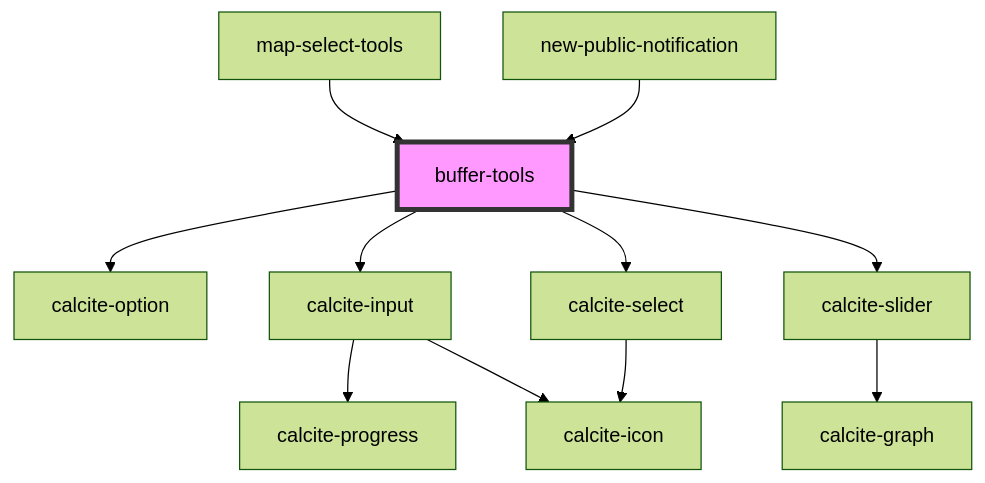
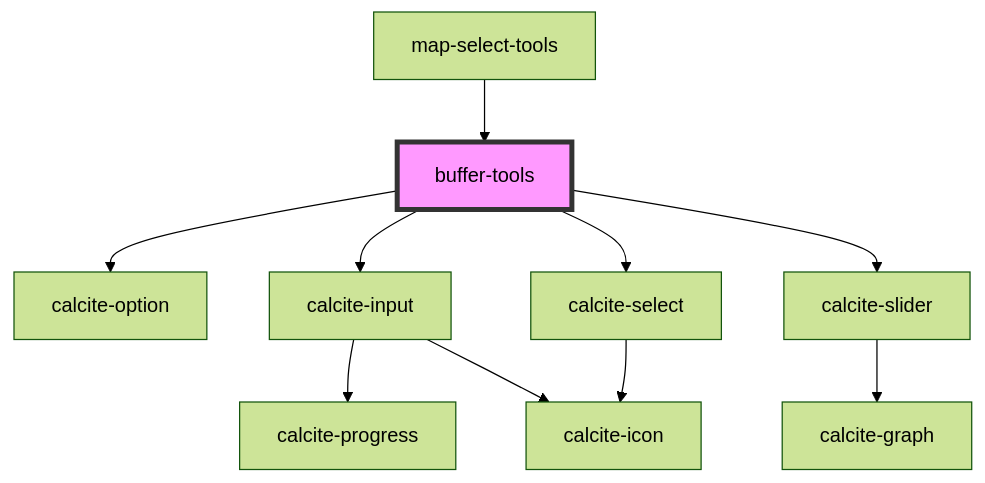
The diagram in src/components/buffer-tools/readme.md (Esri/solutions-components), drawn with Mermaid (forest theme) before and after one commit. The commit also changed other lines of this file and 13 other files, not shown here.

````diff
--- a/src/components/buffer-tools/readme.md
+++ b/src/components/buffer-tools/readme.md
@@ -44,14 +43,13 @@
 ```mermaid
 graph TD;
   buffer-tools --> calcite-option
   buffer-tools --> calcite-input
   buffer-tools --> calcite-select
   buffer-tools --> calcite-slider
   calcite-input --> calcite-progress
   calcite-input --> calcite-icon
   calcite-select --> calcite-icon
   calcite-slider --> calcite-graph
   map-select-tools --> buffer-tools
-  new-public-notification --> buffer-tools
   style buffer-tools fill:#f9f,stroke:#333,stroke-width:4px
 ```
````
